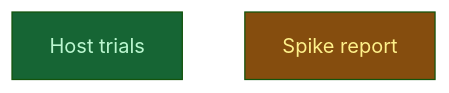
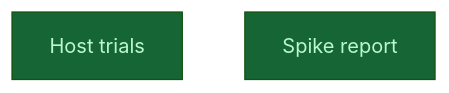
One commit to CrackingShells/cracking-shells-playbook changed the diagram in __roadmap__/m0-feasibility-spike/build/trials/README.md. Above: the diagram before and after it, drawn with Mermaid (forest theme). The commit also changed other lines of this file and 3 other files, not shown here.

First line of the commit message:
chore(roadmap): close the m0-feasibility-spike campaign

````diff
--- a/__roadmap__/m0-feasibility-spike/build/trials/README.md
+++ b/__roadmap__/m0-feasibility-spike/build/trials/README.md
@@ -20,10 +20,10 @@
 ```mermaid
 graph TD
     host_trials[Host trials]:::done
-    report[Spike report]:::inprogress
+    report[Spike report]:::done
     classDef done       fill:#166534,color:#bbf7d0
     classDef inprogress fill:#854d0e,color:#fef08a
     classDef planned    fill:#374151,color:#e5e7eb
     classDef amendment  fill:#1e3a5f,color:#bfdbfe
     classDef blocked    fill:#7f1d1d,color:#fecaca
 ```
````
